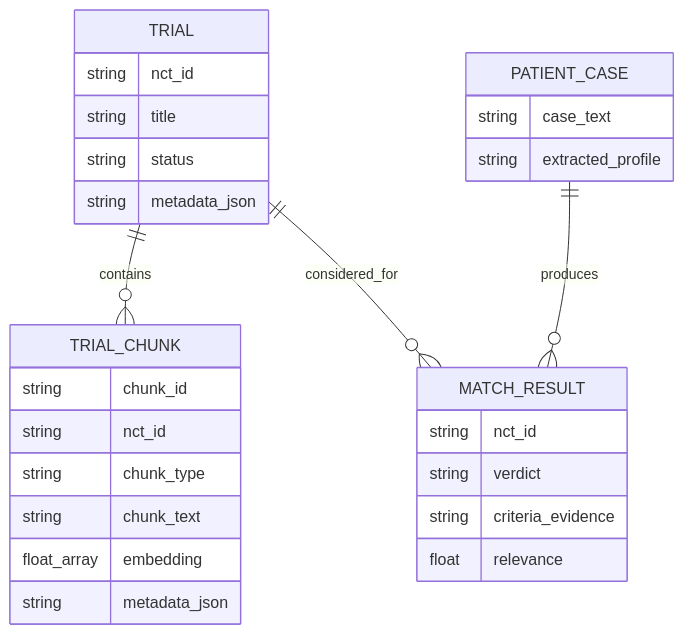
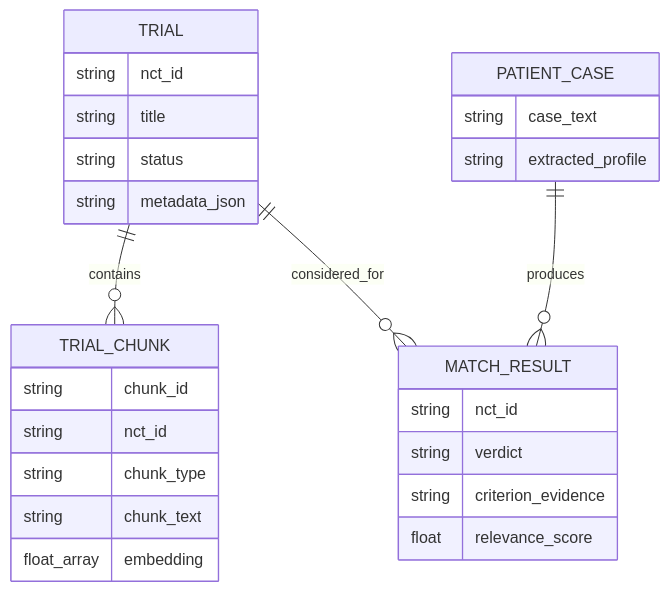
Before and after one commit to Aditya190704/CLINICAL-TRIAL-RAG-: the fourth of 5 diagrams in ARCHITECTURE.md, drawn with Mermaid. The commit also changed other lines of this file and 46 other files, not shown here.

````diff
--- a/ARCHITECTURE.md
+++ b/ARCHITECTURE.md
@@ -111,30 +127,29 @@
 ```mermaid
 erDiagram
     TRIAL ||--o{ TRIAL_CHUNK : contains
+    TRIAL ||--o{ MATCH_RESULT : considered_for
+    PATIENT_CASE ||--o{ MATCH_RESULT : produces
     TRIAL {
         string nct_id
         string title
         string status
         string metadata_json
     }
     TRIAL_CHUNK {
         string chunk_id
         string nct_id
         string chunk_type
         string chunk_text
         float_array embedding
-        string metadata_json
     }
-    PATIENT_CASE ||--o{ MATCH_RESULT : produces
-    TRIAL ||--o{ MATCH_RESULT : considered_for
     PATIENT_CASE {
         string case_text
         string extracted_profile
     }
     MATCH_RESULT {
         string nct_id
         string verdict
-        string criteria_evidence
-        float relevance
+        string criterion_evidence
+        float relevance_score
     }
 ```
````
